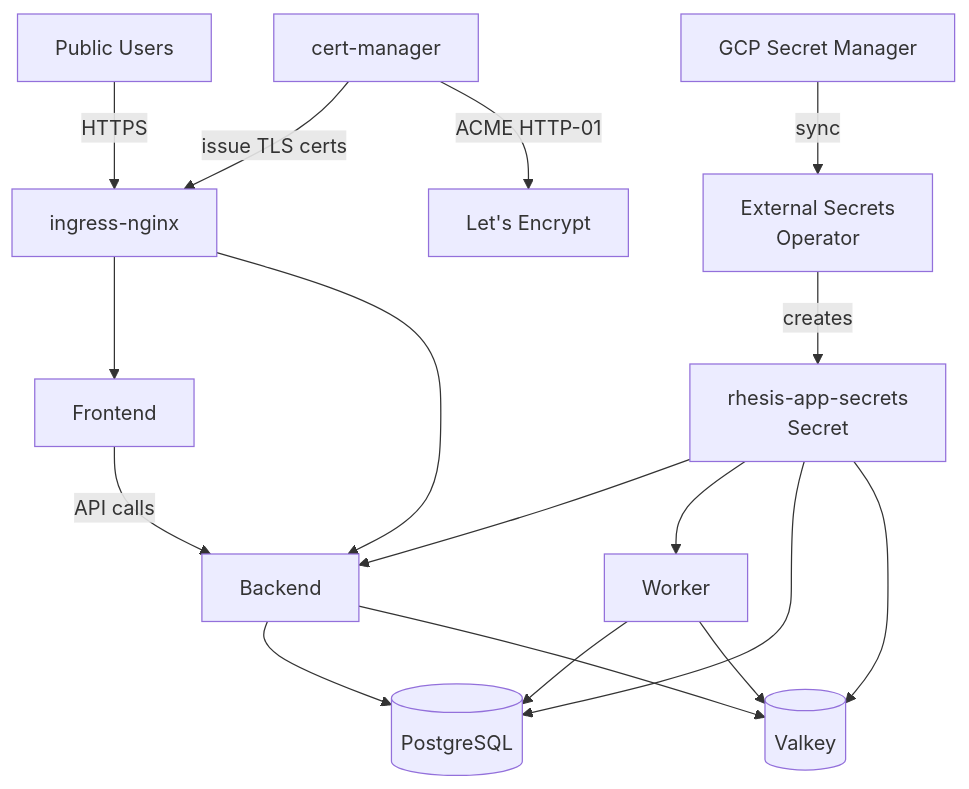
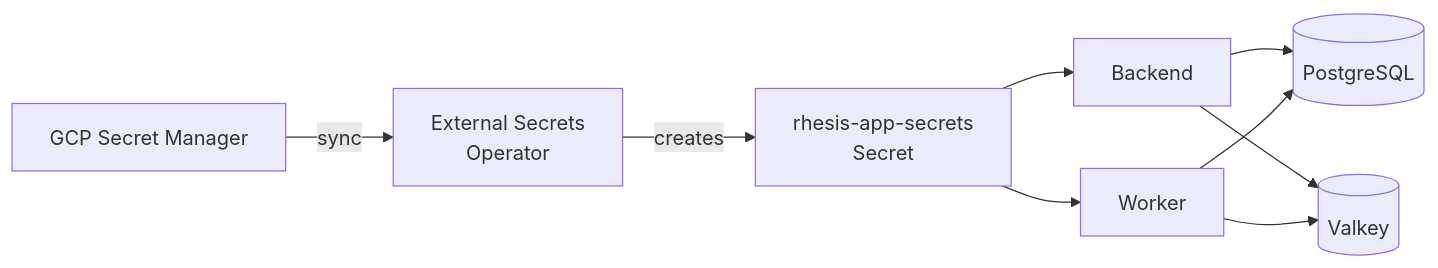
One commit to rhesis-ai/rhesis changed the third of 3 diagrams in docs/content/docs/deployment/kubernetes-helm.mdx. Above: the diagram before and after it, drawn with Mermaid. The commit also changed other lines of this file and 2 other files, not shown here.

````diff
--- a/docs/content/docs/deployment/kubernetes-helm.mdx
+++ b/docs/content/docs/deployment/kubernetes-helm.mdx
@@ -34,21 +450,11 @@
 ```mermaid
-flowchart TD
-    U[Public Users] -->|HTTPS| ING[ingress-nginx]
-    CM[cert-manager] -->|issue TLS certs| ING
-    CM -->|ACME HTTP-01| LE["Let's Encrypt"]
-    ING --> FE[Frontend]
-    ING --> BE[Backend]
-
+flowchart LR
     SM["GCP Secret Manager"] -->|sync| ESO["External Secrets<br/>Operator"]
     ESO -->|creates| SEC["rhesis-app-secrets<br/>Secret"]
-    SEC --> BE
+    SEC --> BE[Backend]
     SEC --> WK[Worker]
-    SEC --> DB[("PostgreSQL")]
-    SEC --> RD[("Valkey")]
-
-    FE -->|API calls| BE
-    BE --> DB
-    BE --> RD
+    BE --> DB[("PostgreSQL")]
+    BE --> RD[("Valkey")]
     WK --> DB
     WK --> RD
 ```
````
